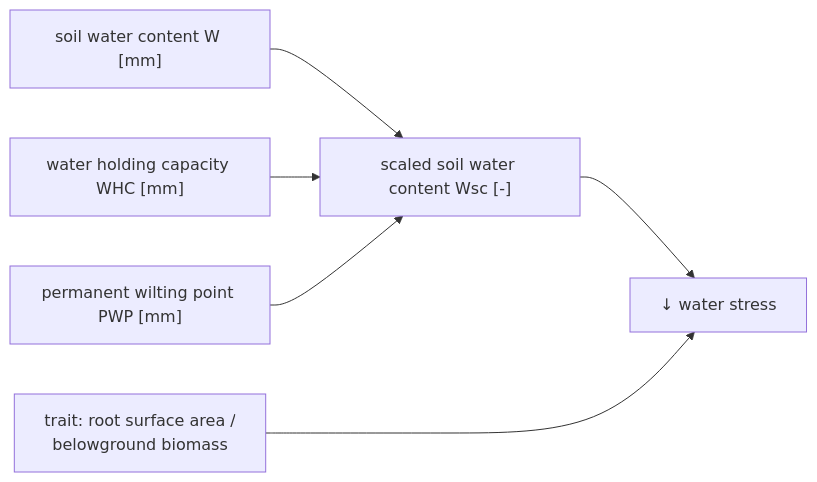
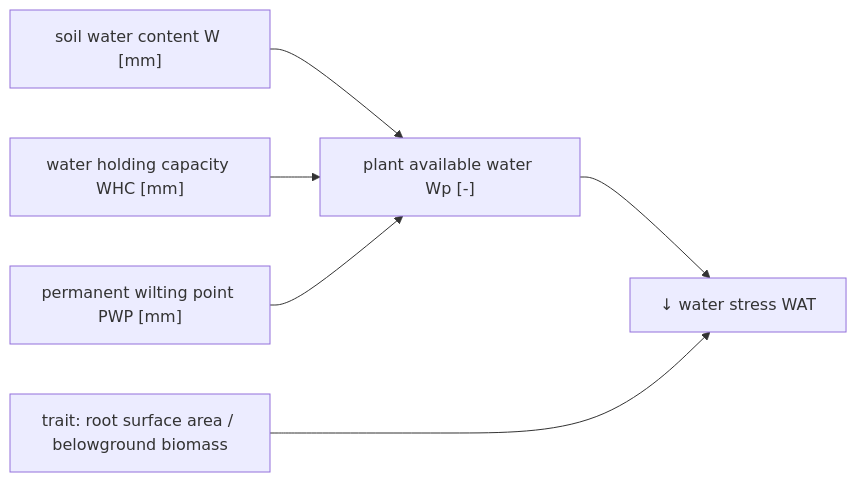
The diagram in docs/src/model/plant/growth_species_specific_water.md (FelixNoessler/GrasslandTraitSim.jl), drawn with Mermaid before and after one commit. The commit also changed other lines of this file and 6 other files, not shown here.

````diff
--- a/docs/src/model/plant/growth_species_specific_water.md
+++ b/docs/src/model/plant/growth_species_specific_water.md
@@ -15,15 +15,15 @@
 ```mermaid
 flowchart LR
-    W[↓ water stress] 
+    W[↓ water stress WAT] 
     A["soil water content W [mm]"]
     K["water holding capacity WHC [mm]"]
     L["permanent wilting point PWP [mm]"]
-    P["scaled soil water content Wsc [-]"]
-    R[trait: root surface area /\n belowground biomass]
+    P["plant available water Wp [-]"]
+    R[trait: root surface area / belowground biomass]
 
     A --> P
     K --> P
     L --> P
     P --> W
     R ---> W;
 ```
````
